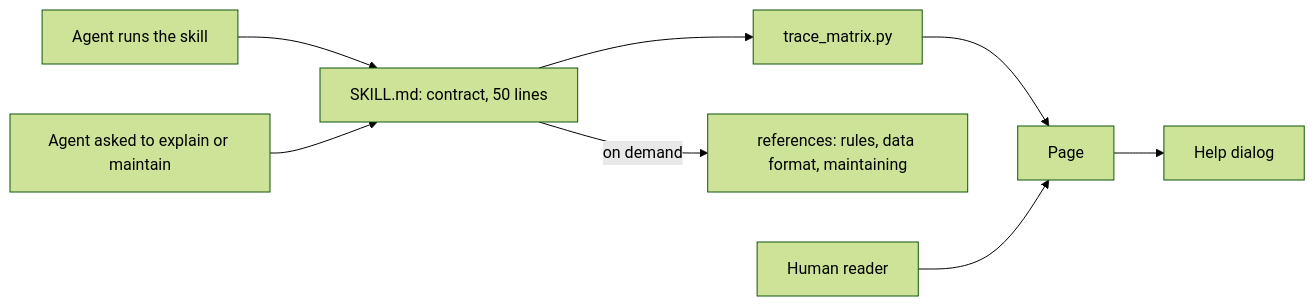
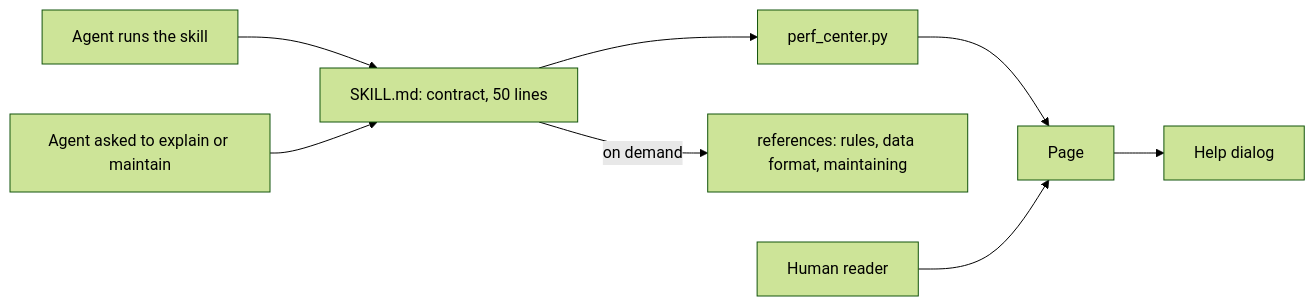
One commit to spashx/agnos changed the diagram in process/2.architecture/ADR-TRC-012-skill-contract-and-page-guide.md. Above: the diagram before and after it, drawn with Mermaid (forest theme). The commit also changed other lines of this file and 147 other files, not shown here.

Commit message:
refactor(TRC): ADR-TRC-013/TASK-TRC-089 agnos-trace becomes agnos-perf-center, as it monitors the process's execution on a project (RQ-TRC-104 to RQ-TRC-106)

````diff
--- a/process/2.architecture/ADR-TRC-012-skill-contract-and-page-guide.md
+++ b/process/2.architecture/ADR-TRC-012-skill-contract-and-page-guide.md
@@ -46,10 +47,10 @@
 ```mermaid
 flowchart LR
   A[Agent runs the skill] --> S[SKILL.md: contract, 50 lines]
-  S --> G[trace_matrix.py]
+  S --> G[perf_center.py]
   Q[Agent asked to explain or maintain] --> S
   S -->|on demand| R[references: rules, data format, maintaining]
   G --> P[Page]
   H[Human reader] --> P
   P --> D[Help dialog]
 ```
````
